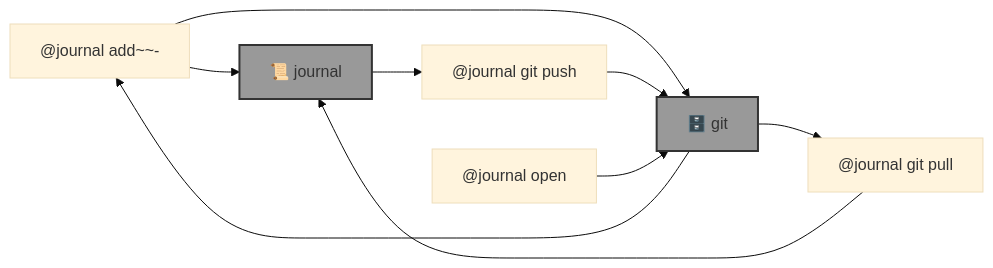
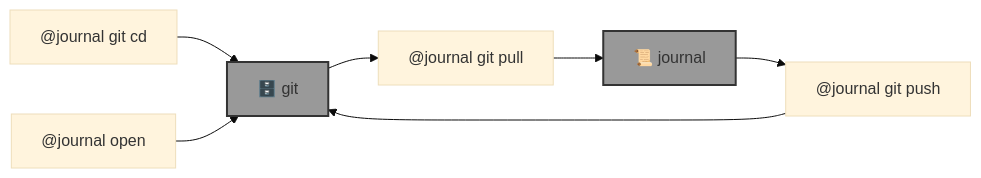
One commit to kamangir/bluer-journal changed the diagram in template.md. Above: the diagram before and after it, drawn with Mermaid (base theme). The commit also changed 13 other files, not shown here.

````diff
--- a/template.md
+++ b/template.md
@@ -5,28 +5,26 @@
 ```mermaid
 graph LR
 
-    journal_add["@journal add~~- <message>"]
+    journal_git_cd["@journal git cd"]
 
     journal_git_pull["@journal git pull"]
 
     journal_git_push["@journal git push"]
 
     journal_open["@journal open"]
 
     journal["📜 journal"]:::folder
     git["🗄️ git"]:::folder
 
-    git --> journal_add
-    journal_add --> journal
-    journal_add --> git
+    journal_git_cd --> git
 
     git --> journal_git_pull
     journal_git_pull --> journal
 
     journal --> journal_git_push
     journal_git_push --> git
 
     journal_open --> git
 
     classDef folder fill:#999,stroke:#333,stroke-width:2px;
 ```
````
